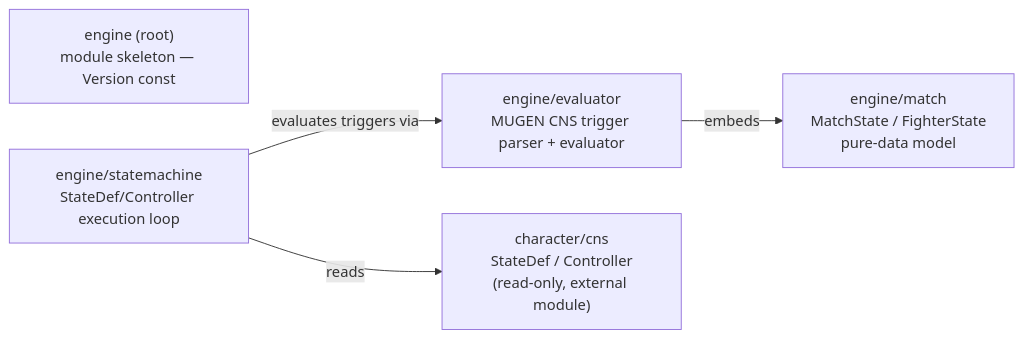
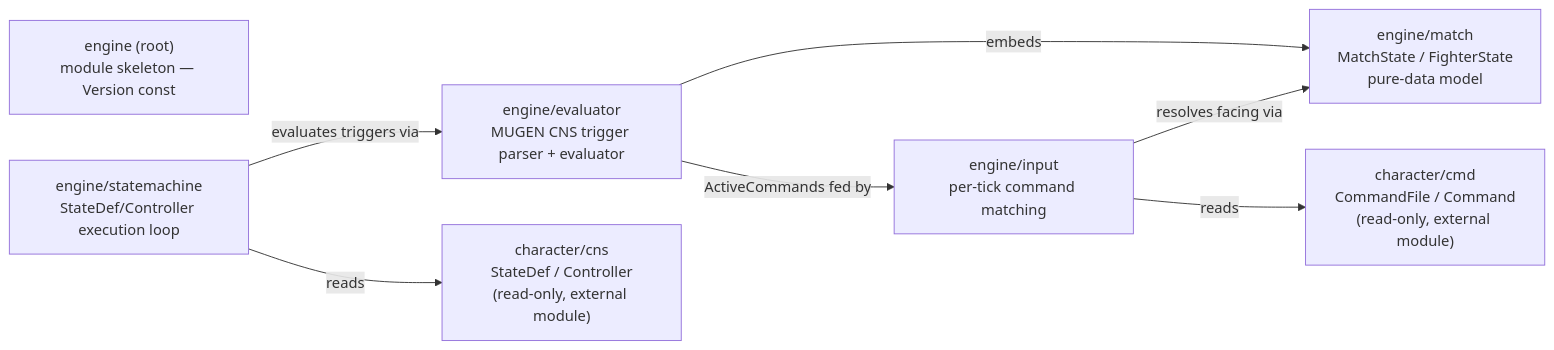
One commit to openkakutou/engine changed the first of 2 diagrams in docs/architecture.md. Above: the diagram before and after it, drawn with Mermaid. The commit also changed other lines of this file and 15 other files, not shown here.

First line of the commit message:
feat: recognize a character's special-move motions from raw per-tick input

````diff
--- a/docs/architecture.md
+++ b/docs/architecture.md
@@ -7,12 +7,17 @@
 ```mermaid
 graph LR
     root["engine (root)<br/>module skeleton — Version const"]
     match["engine/match<br/>MatchState / FighterState<br/>pure-data model"]
     evaluator["engine/evaluator<br/>MUGEN CNS trigger parser + evaluator"]
     statemachine["engine/statemachine<br/>StateDef/Controller execution loop"]
+    inputpkg["engine/input<br/>per-tick command matching"]
     cns["character/cns<br/>StateDef / Controller<br/>(read-only, external module)"]
+    cmd["character/cmd<br/>CommandFile / Command<br/>(read-only, external module)"]
 
     evaluator -->|embeds| match
     statemachine -->|evaluates triggers via| evaluator
     statemachine -->|reads| cns
+    inputpkg -->|reads| cmd
+    inputpkg -->|resolves facing via| match
+    evaluator -->|ActiveCommands fed by| inputpkg
 ```
````
